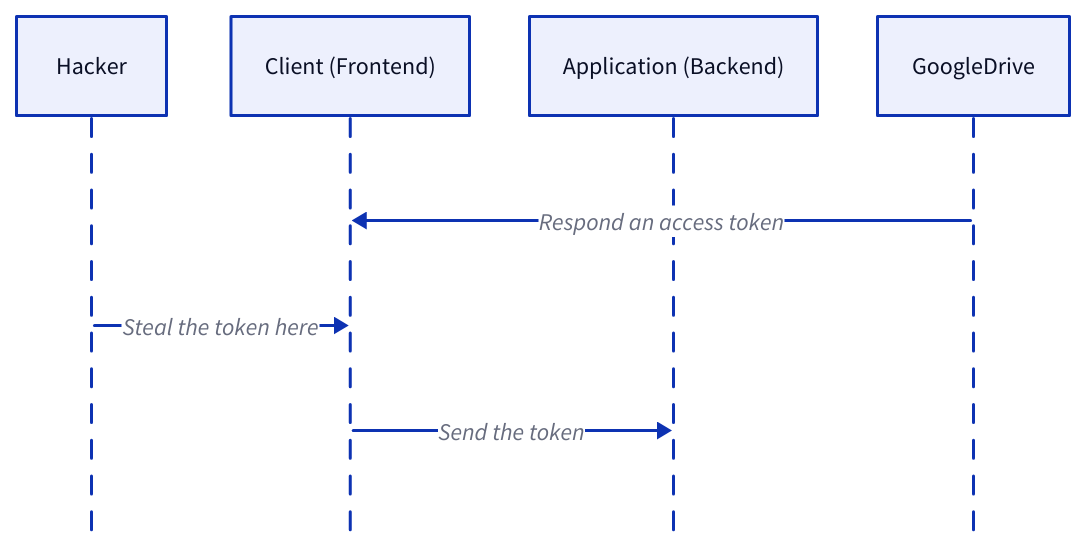
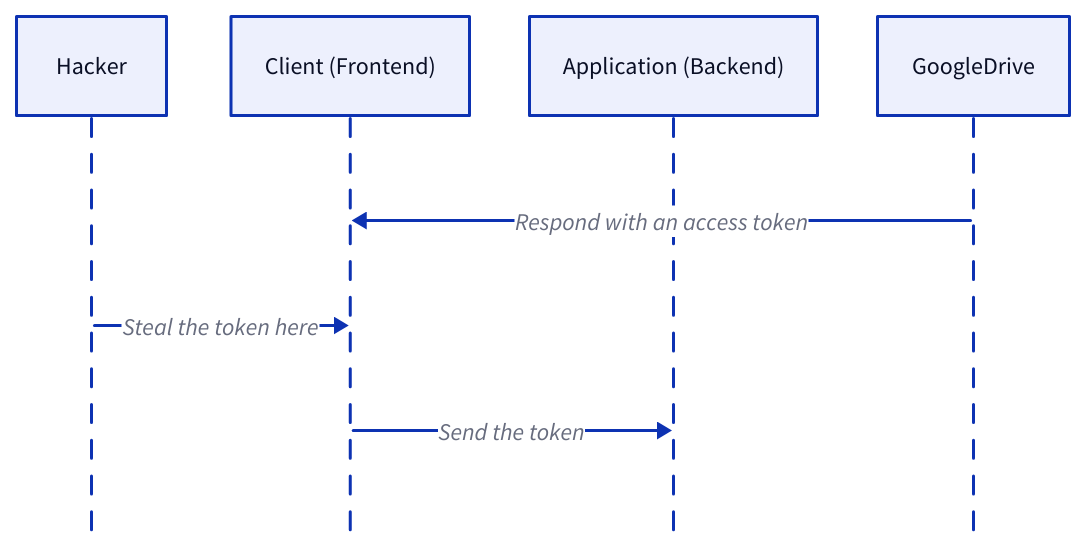
Diagram 21 of 26 in content/system-administration/system-protection/iam.md (link1905/system-design-101), drawn with D2 before and after one commit. The commit also changed other lines of this file and 42 other files, not shown here.

````diff
--- a/content/system-administration/system-protection/iam.md
+++ b/content/system-administration/system-protection/iam.md
@@ -801,20 +794,20 @@
 ```d2
 shape: sequence_diagram
 h: Hacker {
   class: hacker
 }
 u: Client (Frontend) {
   class: client
 }
 s: Application (Backend) {
   class: server
 }
 g: GoogleDrive {
   class: google
 }
-g -> u: Respond an access token
+g -> u: Respond with an access token
 h -> u: Steal the token here {
   class: error-conn
 }
 u -> s: Send the token
 ```
````
